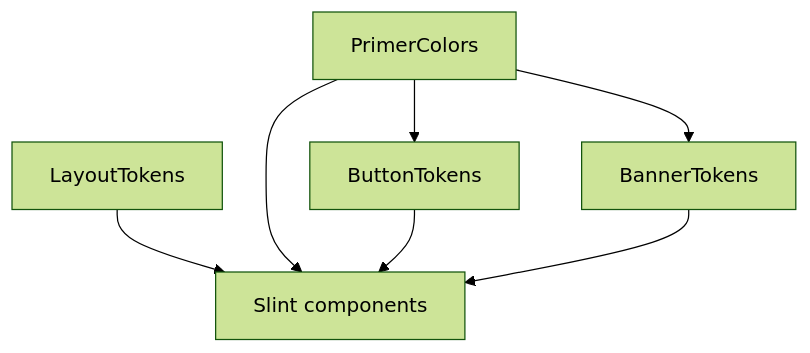
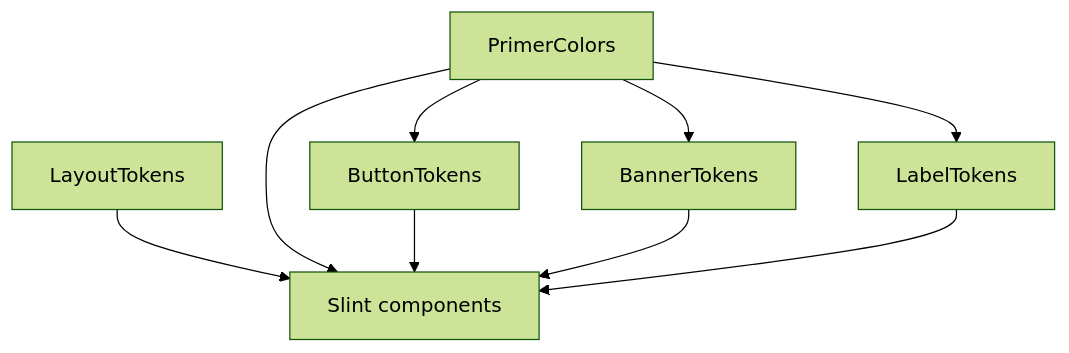
The diagram in app/src/ui/Primer/AGENTS.md (NigelBreslaw/slint-ui-for-github-cli), drawn with Mermaid (forest theme) before and after one commit. The commit also changed other lines of this file and 2 other files, not shown here.

Commit message:
Add Label to Gallery and document

````diff
--- a/app/src/ui/Primer/AGENTS.md
+++ b/app/src/ui/Primer/AGENTS.md
@@ -37,13 +38,16 @@
 ```mermaid
 flowchart TB
   LT[LayoutTokens]
   PC[PrimerColors]
   BT[ButtonTokens]
   BanT[BannerTokens]
+  LabT[LabelTokens]
   LT --> Components[Slint components]
   PC --> Components
   PC --> BT
   PC --> BanT
+  PC --> LabT
   BT --> Components
   BanT --> Components
+  LabT --> Components
 ```
````
